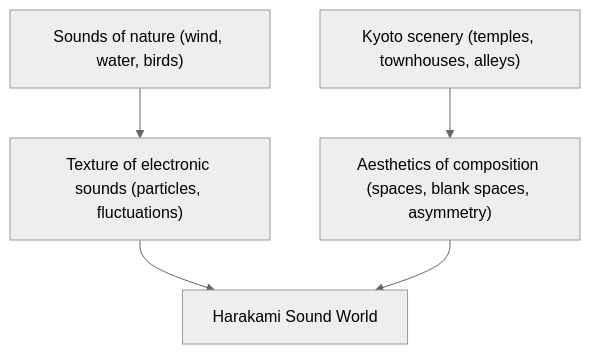
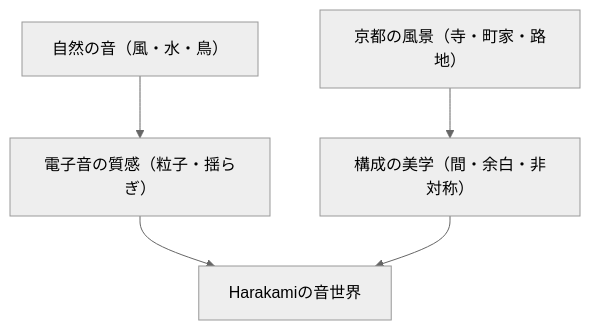
The second of 2 diagrams in en/_posts/2025-10-30-column-rei-harakami.md (monumental-movement/monumental-movement.github.io), drawn with Mermaid (neutral theme) before and after one commit. The commit also changed other lines of this file and 1724 other files, not shown here.

```diff
--- a/en/_posts/2025-10-30-column-rei-harakami.md
+++ b/en/_posts/2025-10-30-column-rei-harakami.md
@@ -166,9 +164,9 @@
 <div class="mermaid">
 
 graph TD
-A["Sounds of nature (wind, water, birds)"] --> B["Texture of electronic sounds (particles, fluctuations)"]
-C["Kyoto scenery (temples, townhouses, alleys)"] --> D["Aesthetics of composition (spaces, blank spaces, asymmetry)"]
-B --> E["Harakami Sound World"]
-D --> E
+    A["自然の音（風・水・鳥）"] --> B["電子音の質感（粒子・揺らぎ）"]
+    C["京都の風景（寺・町家・路地）"] --> D["構成の美学（間・余白・非対称）"]
+    B --> E["Harakamiの音世界"]
+    D --> E
     
 </div>
```
